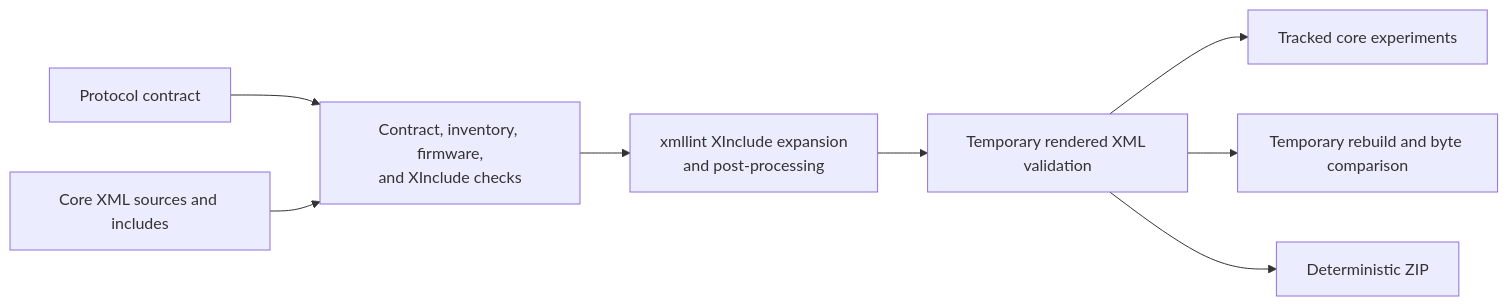
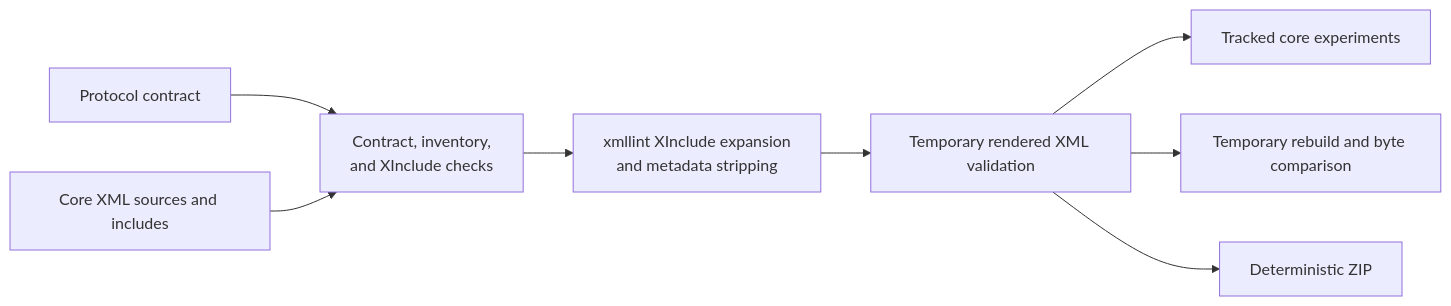
One commit to sebastianspicker/curious-signals changed the third of 3 diagrams in docs/ARCHITECTURE.md. Above: the diagram before and after it, drawn with Mermaid. The commit also changed other lines of this file and 22 other files, not shown here.

````diff
--- a/docs/ARCHITECTURE.md
+++ b/docs/ARCHITECTURE.md
@@ -103,17 +117,17 @@
 ```mermaid
 flowchart LR
     Contract["Protocol contract"]
     Sources["Core XML sources and includes"]
-    Preflight["Contract, inventory, firmware,<br/>and XInclude checks"]
-    Expand["xmllint XInclude expansion<br/>and post-processing"]
+    Preflight["Contract, inventory,<br/>and XInclude checks"]
+    Expand["xmllint XInclude expansion<br/>and metadata stripping"]
     Validate["Temporary rendered XML validation"]
     Artifacts["Tracked core experiments"]
     Parity["Temporary rebuild and byte comparison"]
     Bundle["Deterministic ZIP"]
 
     Contract --> Preflight
     Sources --> Preflight --> Expand --> Validate
     Validate --> Artifacts
     Validate --> Parity
     Validate --> Bundle
 ```
````
